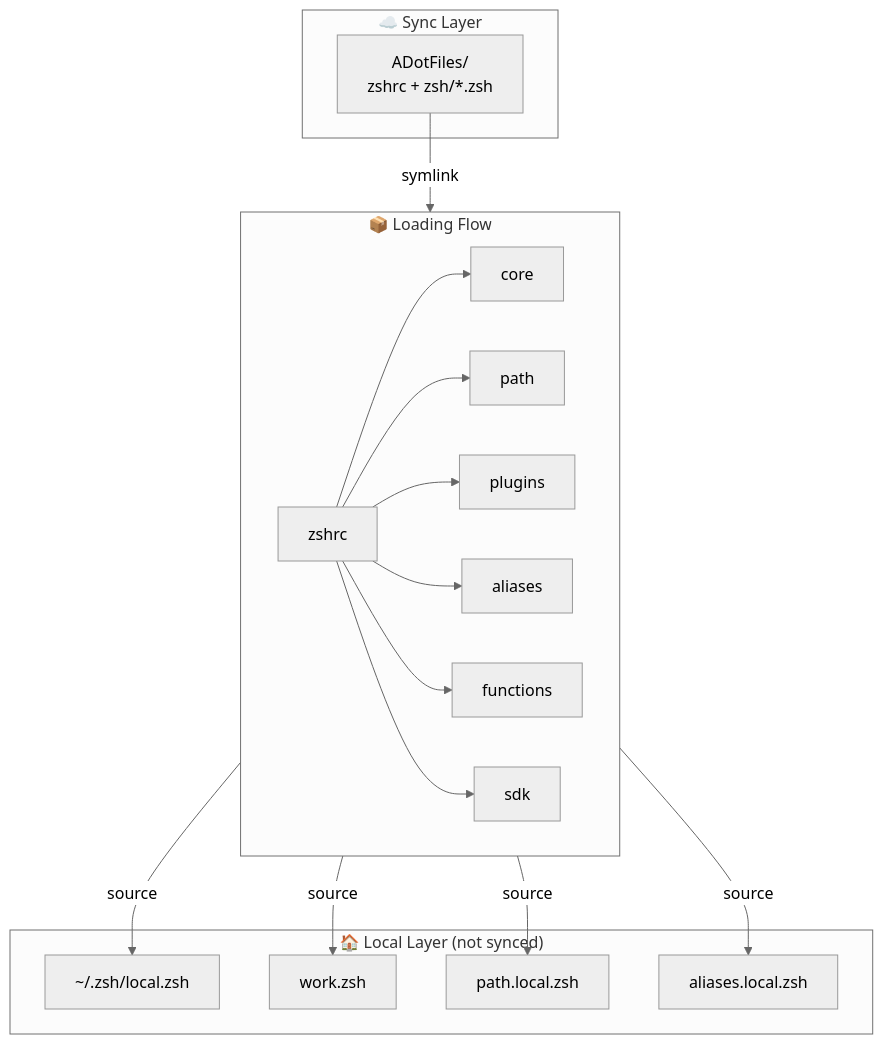
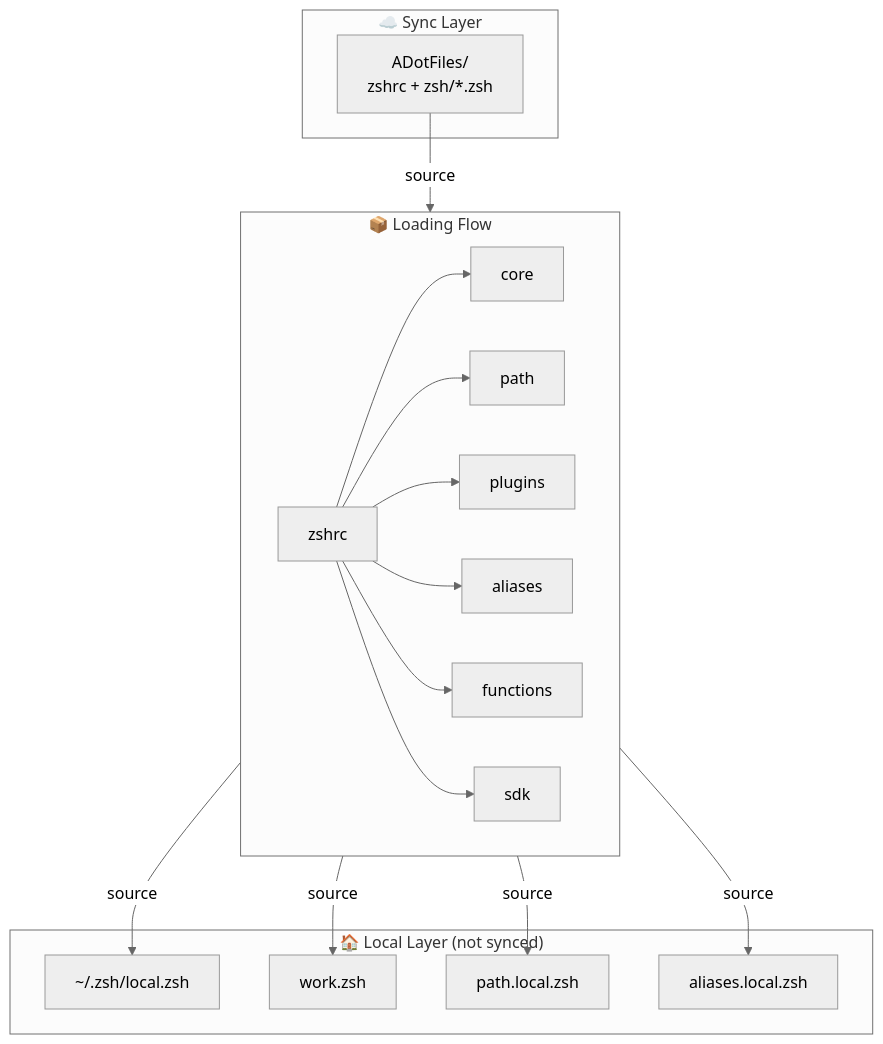
Before and after one commit to ArnoFrost/ADotFiles: the second of 3 diagrams in README_EN.md, drawn with Mermaid (neutral theme). The commit also changed 4 other files, not shown here.

First line of the commit message:
feat: migrate ~/.zshrc from symlink to source-stub (v1.3.0)

````diff
--- a/README_EN.md
+++ b/README_EN.md
@@ -89,29 +89,29 @@
 ```mermaid
 flowchart TB
     subgraph Sync["☁️ Sync Layer"]
         REPO["ADotFiles/<br/>zshrc + zsh/*.zsh"]
     end
     
     subgraph Load["📦 Loading Flow"]
         direction LR
         ZSHRC["zshrc"] --> CORE["core"]
         ZSHRC --> PATH["path"]
         ZSHRC --> PLUGINS["plugins"]
         ZSHRC --> ALIASES["aliases"]
         ZSHRC --> FUNCTIONS["functions"]
         ZSHRC --> SDK["sdk"]
     end
     
     subgraph Local["🏠 Local Layer (not synced)"]
         LOCAL["~/.zsh/local.zsh"]
         WORK["work.zsh"]
         PATH_L["path.local.zsh"]
         ALIAS_L["aliases.local.zsh"]
     end
     
-    REPO -->|symlink| ZSHRC
+    REPO -->|source| ZSHRC
     PATH -->|source| PATH_L
     ALIASES -->|source| ALIAS_L
     ZSHRC -->|source| WORK
     ZSHRC -->|source| LOCAL
 ```
````
